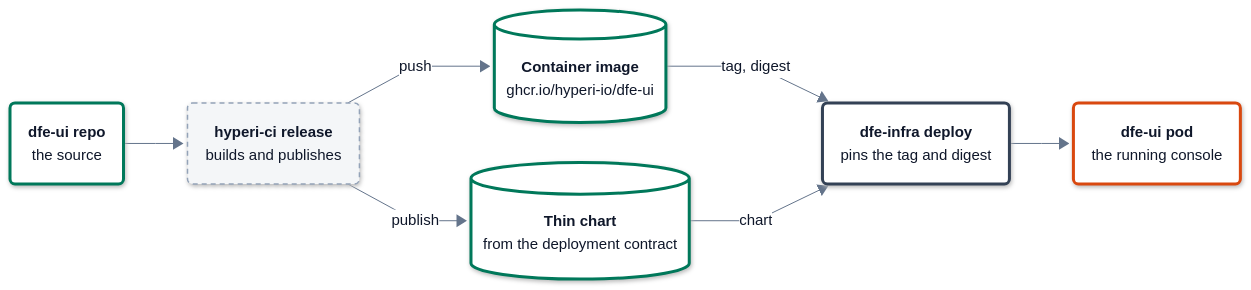
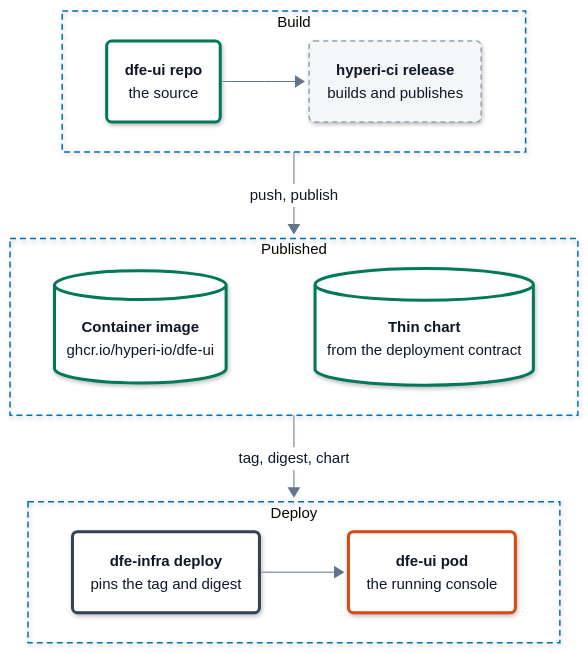
The diagram in docs/build-and-deploy.md (hyperi-io/dfe-ui), drawn with Mermaid before and after one commit. The commit also changed 8 other files, not shown here.

First line of the commit message:
docs(architecture): reshape the architecture page and its part pages (#754)

````diff
--- a/docs/build-and-deploy.md
+++ b/docs/build-and-deploy.md
@@ -50,21 +50,37 @@
     .ui .label-icon{color:#D9480F}
     .ext .label-icon{color:#64748B}
 ---
-flowchart LR
+flowchart TB
   accTitle: L4 Detail -- Build and deploy
   accDescr: hyperi-ci builds the dfe-ui repo into a container image and a thin chart. dfe-infra deploys the chart with its values and the image tag and digest it pins, and the result is the dfe-ui pod.
-  repo("<b>dfe-ui repo</b><br/><span>the source</span>")
-  ci("<b>hyperi-ci release</b><br/><span>builds and publishes</span>")
-  image[("<b>Container image</b><br/><span>ghcr.io/hyperi-io/dfe-ui</span>")]
-  chart[("<b>Thin chart</b><br/><span>from the deployment contract</span>")]
-  infra("<b>dfe-infra deploy</b><br/><span>pins the tag and digest</span>")
-  pod("<b>dfe-ui pod</b><br/><span>the running console</span>")
-  repo --> ci
-  ci -->|push| image
-  ci -->|publish| chart
-  image -->|tag, digest| infra
-  chart -->|chart| infra
-  infra --> pod
+  subgraph build["Build"]
+    direction LR
+    repo("<b>dfe-ui repo</b><br/><span>the source</span>")
+    ci("<b>hyperi-ci release</b><br/><span>builds and publishes</span>")
+    repo --> ci
+  end
+  subgraph pub["Published"]
+    direction LR
+    image[("<b>Container image</b><br/><span>ghcr.io/hyperi-io/dfe-ui</span>")]
+    chart[("<b>Thin chart</b><br/><span>from the deployment contract</span>")]
+    image ~~~ chart
+  end
+  subgraph deploy["Deploy"]
+    direction LR
+    infra("<b>dfe-infra deploy</b><br/><span>pins the tag and digest</span>")
+    pod("<b>dfe-ui pod</b><br/><span>the running console</span>")
+    infra --> pod
+  end
+  build -->|push, publish| pub
+  pub -->|tag, digest, chart| deploy
+  class repo,image,chart store
+  class ci ext
+  class infra control
+  class pod ui
+  class repo,image,chart store
+  class ci ext
+  class infra control
+  class pod ui
   classDef ext fill:#F4F6F8,stroke:#94A3B8,stroke-width:1.5px,stroke-dasharray:5 4,color:#0F172A
   classDef ingest fill:#FFFFFF,stroke:#0E8A7D,stroke-width:3px,color:#0F172A
   classDef xform fill:#FFFFFF,stroke:#7B4FB0,stroke-width:3px,color:#0F172A
@@ -76,8 +92,7 @@
   classDef error fill:#FFFFFF,stroke:#C2410C,stroke-width:3px,color:#0F172A
   classDef control fill:#FFFFFF,stroke:#334155,stroke-width:3px,color:#0F172A
   classDef part fill:#FFFFFF,stroke:#94A3B8,stroke-width:1.5px,color:#0F172A
-  class repo,image,chart store
-  class ci ext
-  class infra control
-  class pod ui
+  style build fill:none,stroke:#0072B2,stroke-width:1.5px,stroke-dasharray:6 4
+  style pub fill:none,stroke:#0072B2,stroke-width:1.5px,stroke-dasharray:6 4
+  style deploy fill:none,stroke:#0072B2,stroke-width:1.5px,stroke-dasharray:6 4
 ```
````
